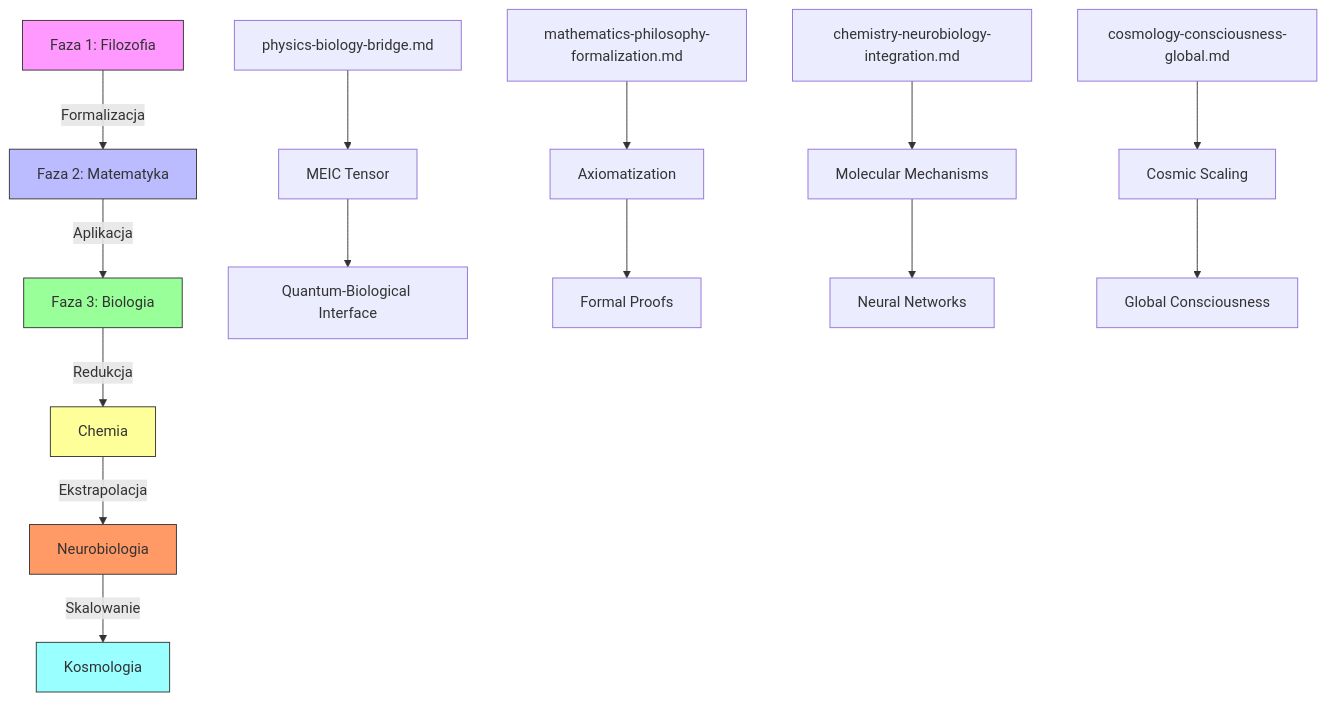
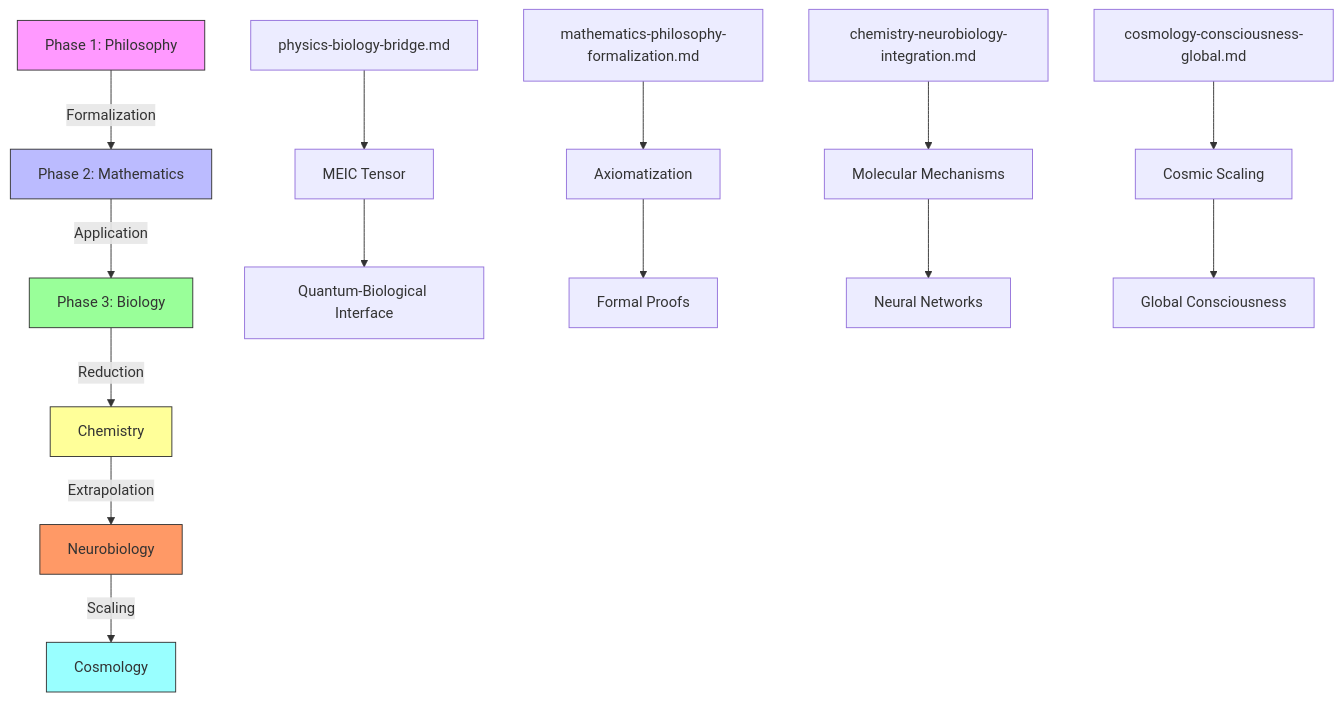
One commit to piopio314/THEORY-OF-CONSCIOUS-INFORMATIONAL-DETERMINATION changed the first of 8 diagrams in theory/phase-4-interdisciplinary-integration/DIAGRAMS.md. Above: the diagram before and after it, drawn with Mermaid. The commit also changed other lines of this file and 23 other files, not shown here.

````diff
--- a/theory/phase-4-interdisciplinary-integration/DIAGRAMS.md
+++ b/theory/phase-4-interdisciplinary-integration/DIAGRAMS.md
@@ -5,27 +5,27 @@
 ```mermaid
 graph TD
-    A[Faza 1: Filozofia] -->|Formalizacja| B[Faza 2: Matematyka]
-    B -->|Aplikacja| C[Faza 3: Biologia]
-    C -->|Redukcja| D[Chemia]
-    D -->|Ekstrapolacja| E[Neurobiologia]
-    E -->|Skalowanie| F[Kosmologia]
+    A[Phase 1: Philosophy] -->|Formalization| B[Phase 2: Mathematics]
+    B -->|Application| C[Phase 3: Biology]
+    C -->|Reduction| D[Chemistry]
+    D -->|Extrapolation| E[Neurobiology]
+    E -->|Scaling| F[Cosmology]
     
     G[physics-biology-bridge.md] --> H[MEIC Tensor]
     H --> I[Quantum-Biological Interface]
     
     J[mathematics-philosophy-formalization.md] --> K[Axiomatization]
     K --> L[Formal Proofs]
     
     M[chemistry-neurobiology-integration.md] --> N[Molecular Mechanisms]
     N --> O[Neural Networks]
     
     P[cosmology-consciousness-global.md] --> Q[Cosmic Scaling]
     Q --> R[Global Consciousness]
     
     style A fill:#f9f,stroke:#333
     style B fill:#bbf,stroke:#333
     style C fill:#9f9,stroke:#333
     style D fill:#ff9,stroke:#333
     style E fill:#f96,stroke:#333
     style F fill:#9ff,stroke:#333
 ```
````
